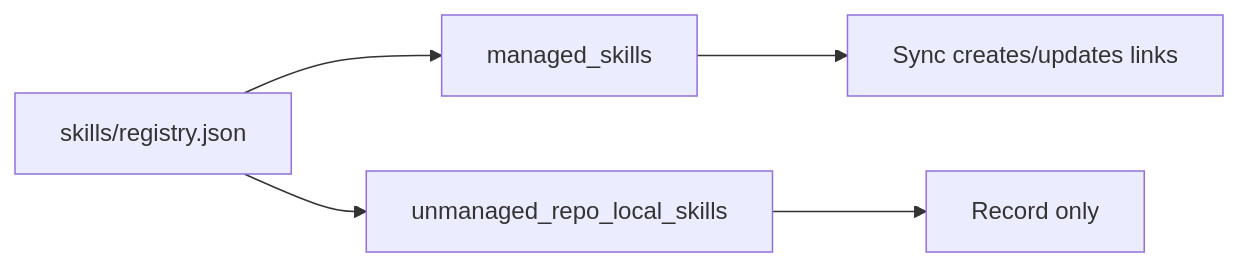
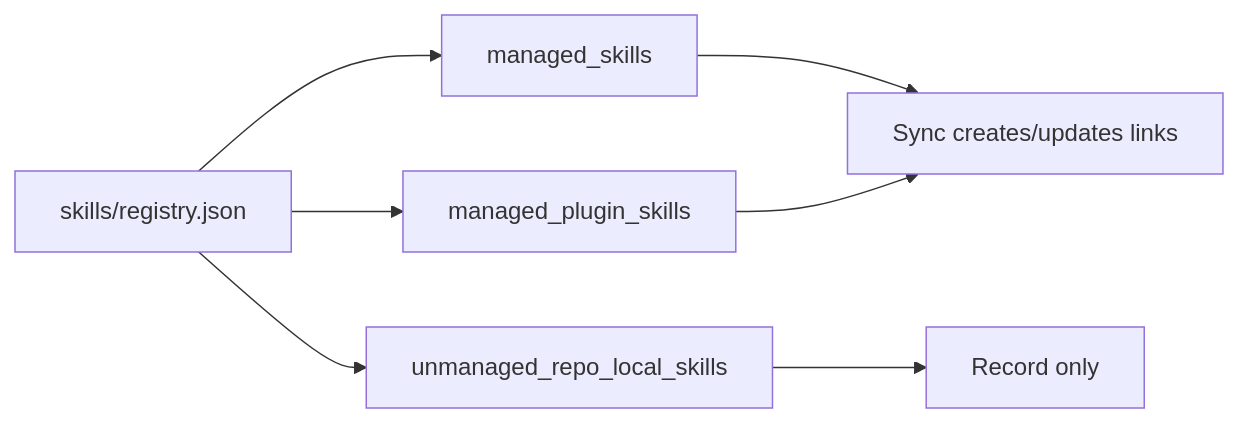
The second of 4 diagrams in docs/references/skills-registry.md (wisdom-in-a-nutshell/.agents), drawn with Mermaid before and after one commit. The commit also changed other lines of this file and 2 other files, not shown here.

````diff
--- a/docs/references/skills-registry.md
+++ b/docs/references/skills-registry.md
@@ -26,7 +30,9 @@
 ```mermaid
 flowchart LR
     A[skills/registry.json] --> B[managed_skills]
-    A --> C[unmanaged_repo_local_skills]
-    B --> D[Sync creates/updates links]
-    C --> E[Record only]
+    A --> C[managed_plugin_skills]
+    A --> D[unmanaged_repo_local_skills]
+    B --> E[Sync creates/updates links]
+    C --> E
+    D --> F[Record only]
 ```
````
